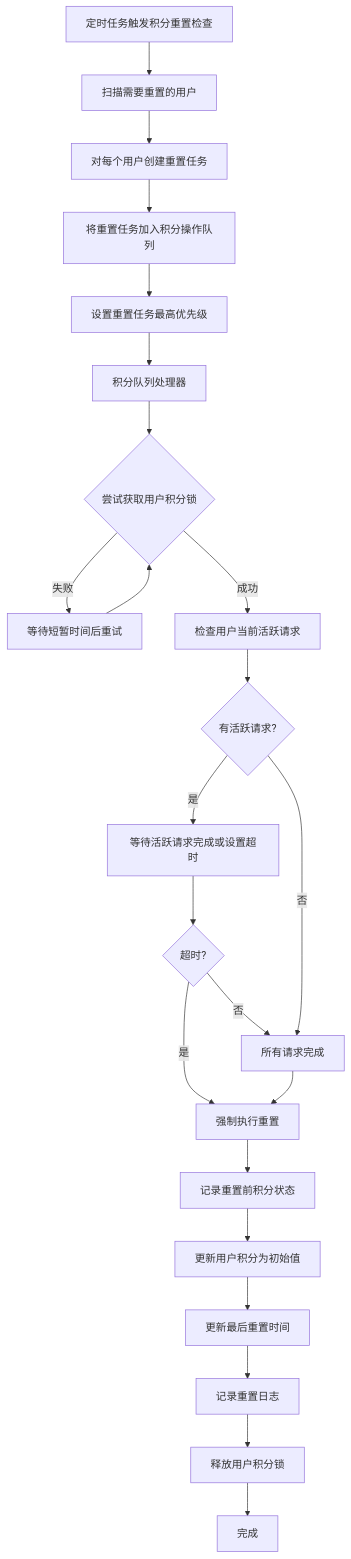
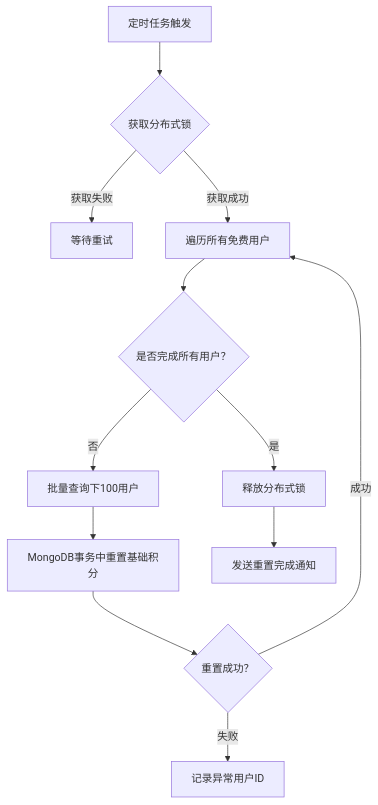
One commit to yingjianzh/iodraw-files changed the diagram in all/未命名-65.md. Above: the diagram before and after it, drawn with Mermaid.

Commit message:
2025-05-22 14:52:58 update

````diff
--- a/all/未命名-65.md
+++ b/all/未命名-65.md
@@ -1,28 +1,14 @@
 ```mermaid
 flowchart TD
-    A[定时任务触发积分重置检查] --> B[扫描需要重置的用户]
-    B --> C[对每个用户创建重置任务]
-    C --> D[将重置任务加入积分操作队列]
-    D --> E[设置重置任务最高优先级]
-    
-    E --> F[积分队列处理器]
-    F --> G{尝试获取用户积分锁}
-    G -->|失败| H[等待短暂时间后重试]
-    H --> G
-    
-    G -->|成功| I[检查用户当前活跃请求]
-    I --> J{有活跃请求?}
-    J -->|是| K[等待活跃请求完成或设置超时]
-    K --> L{超时?}
-    L -->|是| M[强制执行重置]
-    L -->|否| N[所有请求完成]
-    
-    J -->|否| N
-    N --> M
-    M --> O[记录重置前积分状态]
-    O --> P[更新用户积分为初始值]
-    P --> Q[更新最后重置时间]
-    Q --> R[记录重置日志]
-    R --> S[释放用户积分锁]
-    S --> T[完成]
+    A[定时任务触发] --> B{获取分布式锁}
+    B -->|获取失败| C[等待重试]
+    B -->|获取成功| D[遍历所有免费用户]
+    D --> E{是否完成所有用户？}
+    E -->|否| F[批量查询下100用户]
+    F --> G[MongoDB事务中重置基础积分]
+    G --> H{重置成功？}
+    H -->|失败| I[记录异常用户ID]
+    H -->|成功| D
+    E -->|是| J[释放分布式锁]
+    J --> K[发送重置完成通知]
 ```
````
